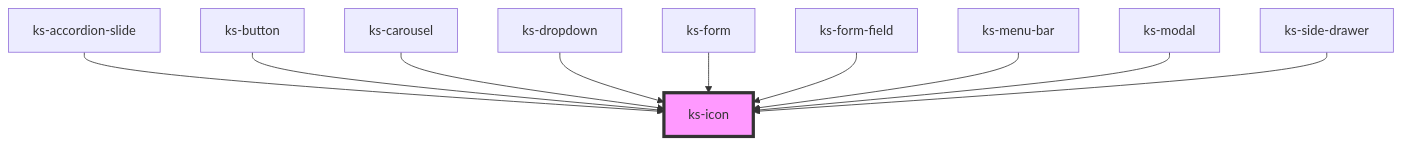
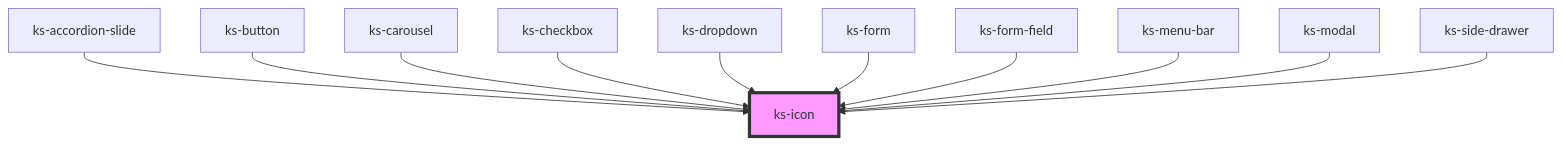
Before and after one commit to kickstand-ui/kickstand-ui: the diagram in src/scripts/components/icon/readme.md, drawn with Mermaid. The commit also changed other lines of this file and 8 other files, not shown here.

````diff
--- a/src/scripts/components/icon/readme.md
+++ b/src/scripts/components/icon/readme.md
@@ -31,13 +32,14 @@
 ```mermaid
 graph TD;
   ks-accordion-slide --> ks-icon
   ks-button --> ks-icon
   ks-carousel --> ks-icon
+  ks-checkbox --> ks-icon
   ks-dropdown --> ks-icon
   ks-form --> ks-icon
   ks-form-field --> ks-icon
   ks-menu-bar --> ks-icon
   ks-modal --> ks-icon
   ks-side-drawer --> ks-icon
   style ks-icon fill:#f9f,stroke:#333,stroke-width:4px
 ```
````
